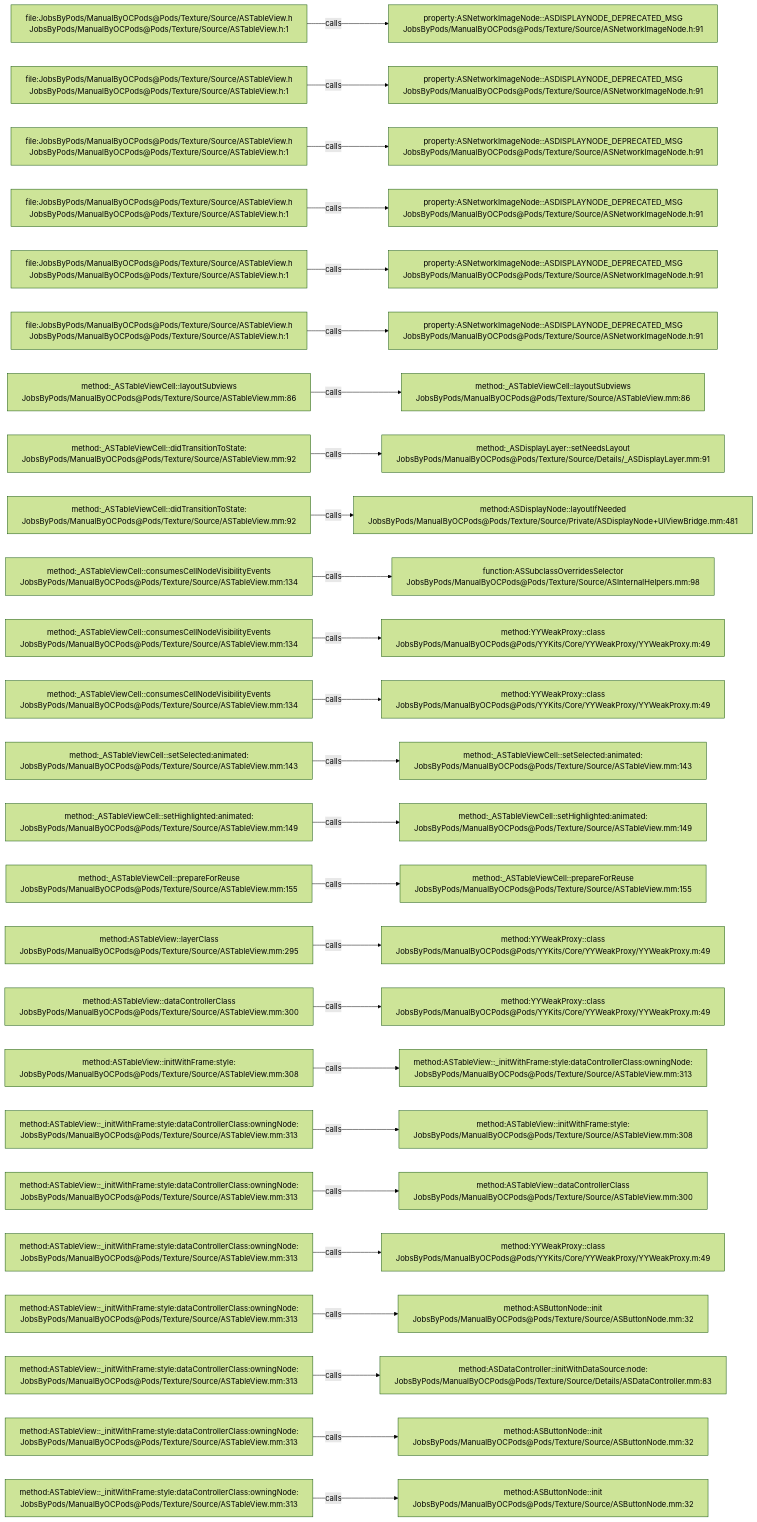
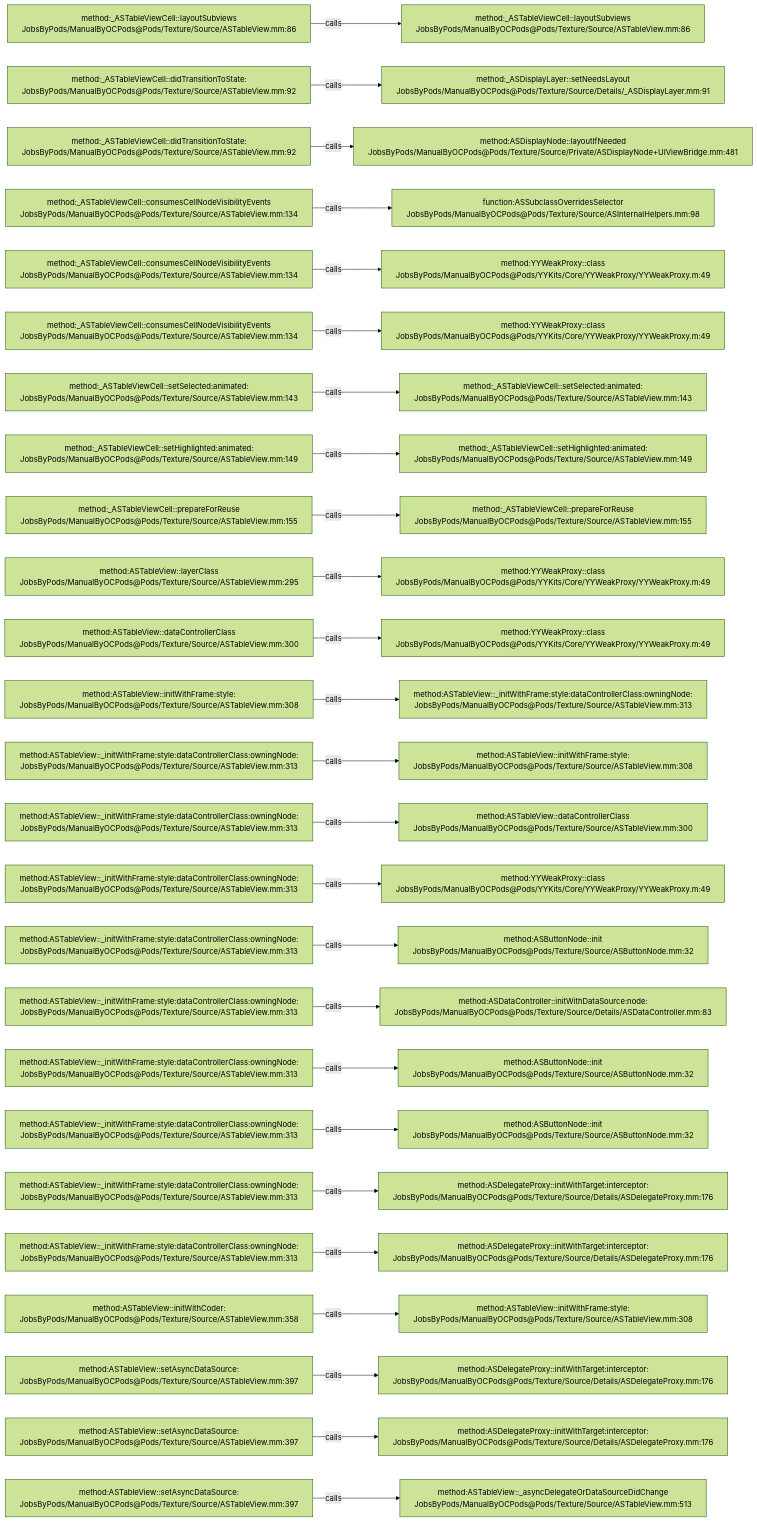
One commit to JobsKits/JobsOCBaseConfigDemo changed the diagram in .codegraph/codegraph.md/graphs/calls-118.md. Above: the diagram before and after it, drawn with Mermaid (forest theme). The commit also changed 666 other files, not shown here.

````diff
--- a/.codegraph/codegraph.md/graphs/calls-118.md
+++ b/.codegraph/codegraph.md/graphs/calls-118.md
@@ -13,78 +13,78 @@
 ```mermaid
 flowchart LR
-  S1["file:JobsByPods/ManualByOCPods@Pods/Texture/Source/ASTableView.h<br/>JobsByPods/ManualByOCPods@Pods/Texture/Source/ASTableView.h:1"]
-  T1["property:ASNetworkImageNode::ASDISPLAYNODE_DEPRECATED_MSG<br/>JobsByPods/ManualByOCPods@Pods/Texture/Source/ASNetworkImageNode.h:91"]
+  S1["method:_ASTableViewCell::layoutSubviews<br/>JobsByPods/ManualByOCPods@Pods/Texture/Source/ASTableView.mm:86"]
+  T1["method:_ASTableViewCell::layoutSubviews<br/>JobsByPods/ManualByOCPods@Pods/Texture/Source/ASTableView.mm:86"]
   S1 -->|calls| T1
-  S2["file:JobsByPods/ManualByOCPods@Pods/Texture/Source/ASTableView.h<br/>JobsByPods/ManualByOCPods@Pods/Texture/Source/ASTableView.h:1"]
-  T2["property:ASNetworkImageNode::ASDISPLAYNODE_DEPRECATED_MSG<br/>JobsByPods/ManualByOCPods@Pods/Texture/Source/ASNetworkImageNode.h:91"]
+  S2["method:_ASTableViewCell::didTransitionToState:<br/>JobsByPods/ManualByOCPods@Pods/Texture/Source/ASTableView.mm:92"]
+  T2["method:_ASDisplayLayer::setNeedsLayout<br/>JobsByPods/ManualByOCPods@Pods/Texture/Source/Details/_ASDisplayLayer.mm:91"]
   S2 -->|calls| T2
-  S3["file:JobsByPods/ManualByOCPods@Pods/Texture/Source/ASTableView.h<br/>JobsByPods/ManualByOCPods@Pods/Texture/Source/ASTableView.h:1"]
-  T3["property:ASNetworkImageNode::ASDISPLAYNODE_DEPRECATED_MSG<br/>JobsByPods/ManualByOCPods@Pods/Texture/Source/ASNetworkImageNode.h:91"]
+  S3["method:_ASTableViewCell::didTransitionToState:<br/>JobsByPods/ManualByOCPods@Pods/Texture/Source/ASTableView.mm:92"]
+  T3["method:ASDisplayNode::layoutIfNeeded<br/>JobsByPods/ManualByOCPods@Pods/Texture/Source/Private/ASDisplayNode+UIViewBridge.mm:481"]
   S3 -->|calls| T3
-  S4["file:JobsByPods/ManualByOCPods@Pods/Texture/Source/ASTableView.h<br/>JobsByPods/ManualByOCPods@Pods/Texture/Source/ASTableView.h:1"]
-  T4["property:ASNetworkImageNode::ASDISPLAYNODE_DEPRECATED_MSG<br/>JobsByPods/ManualByOCPods@Pods/Texture/Source/ASNetworkImageNode.h:91"]
+  S4["method:_ASTableViewCell::consumesCellNodeVisibilityEvents<br/>JobsByPods/ManualByOCPods@Pods/Texture/Source/ASTableView.mm:134"]
+  T4["function:ASSubclassOverridesSelector<br/>JobsByPods/ManualByOCPods@Pods/Texture/Source/ASInternalHelpers.mm:98"]
   S4 -->|calls| T4
-  S5["file:JobsByPods/ManualByOCPods@Pods/Texture/Source/ASTableView.h<br/>JobsByPods/ManualByOCPods@Pods/Texture/Source/ASTableView.h:1"]
-  T5["property:ASNetworkImageNode::ASDISPLAYNODE_DEPRECATED_MSG<br/>JobsByPods/ManualByOCPods@Pods/Texture/Source/ASNetworkImageNode.h:91"]
+  S5["method:_ASTableViewCell::consumesCellNodeVisibilityEvents<br/>JobsByPods/ManualByOCPods@Pods/Texture/Source/ASTableView.mm:134"]
+  T5["method:YYWeakProxy::class<br/>JobsByPods/ManualByOCPods@Pods/YYKits/Core/YYWeakProxy/YYWeakProxy.m:49"]
   S5 -->|calls| T5
-  S6["file:JobsByPods/ManualByOCPods@Pods/Texture/Source/ASTableView.h<br/>JobsByPods/ManualByOCPods@Pods/Texture/Source/ASTableView.h:1"]
-  T6["property:ASNetworkImageNode::ASDISPLAYNODE_DEPRECATED_MSG<br/>JobsByPods/ManualByOCPods@Pods/Texture/Source/ASNetworkImageNode.h:91"]
+  S6["method:_ASTableViewCell::consumesCellNodeVisibilityEvents<br/>JobsByPods/ManualByOCPods@Pods/Texture/Source/ASTableView.mm:134"]
+  T6["method:YYWeakProxy::class<br/>JobsByPods/ManualByOCPods@Pods/YYKits/Core/YYWeakProxy/YYWeakProxy.m:49"]
   S6 -->|calls| T6
-  S7["method:_ASTableViewCell::layoutSubviews<br/>JobsByPods/ManualByOCPods@Pods/Texture/Source/ASTableView.mm:86"]
-  T7["method:_ASTableViewCell::layoutSubviews<br/>JobsByPods/ManualByOCPods@Pods/Texture/Source/ASTableView.mm:86"]
+  S7["method:_ASTableViewCell::setSelected:animated:<br/>JobsByPods/ManualByOCPods@Pods/Texture/Source/ASTableView.mm:143"]
+  T7["method:_ASTableViewCell::setSelected:animated:<br/>JobsByPods/ManualByOCPods@Pods/Texture/Source/ASTableView.mm:143"]
   S7 -->|calls| T7
-  S8["method:_ASTableViewCell::didTransitionToState:<br/>JobsByPods/ManualByOCPods@Pods/Texture/Source/ASTableView.mm:92"]
-  T8["method:_ASDisplayLayer::setNeedsLayout<br/>JobsByPods/ManualByOCPods@Pods/Texture/Source/Details/_ASDisplayLayer.mm:91"]
+  S8["method:_ASTableViewCell::setHighlighted:animated:<br/>JobsByPods/ManualByOCPods@Pods/Texture/Source/ASTableView.mm:149"]
+  T8["method:_ASTableViewCell::setHighlighted:animated:<br/>JobsByPods/ManualByOCPods@Pods/Texture/Source/ASTableView.mm:149"]
   S8 -->|calls| T8
-  S9["method:_ASTableViewCell::didTransitionToState:<br/>JobsByPods/ManualByOCPods@Pods/Texture/Source/ASTableView.mm:92"]
-  T9["method:ASDisplayNode::layoutIfNeeded<br/>JobsByPods/ManualByOCPods@Pods/Texture/Source/Private/ASDisplayNode+UIViewBridge.mm:481"]
+  S9["method:_ASTableViewCell::prepareForReuse<br/>JobsByPods/ManualByOCPods@Pods/Texture/Source/ASTableView.mm:155"]
+  T9["method:_ASTableViewCell::prepareForReuse<br/>JobsByPods/ManualByOCPods@Pods/Texture/Source/ASTableView.mm:155"]
   S9 -->|calls| T9
-  S10["method:_ASTableViewCell::consumesCellNodeVisibilityEvents<br/>JobsByPods/ManualByOCPods@Pods/Texture/Source/ASTableView.mm:134"]
-  T10["function:ASSubclassOverridesSelector<br/>JobsByPods/ManualByOCPods@Pods/Texture/Source/ASInternalHelpers.mm:98"]
+  S10["method:ASTableView::layerClass<br/>JobsByPods/ManualByOCPods@Pods/Texture/Source/ASTableView.mm:295"]
+  T10["method:YYWeakProxy::class<br/>JobsByPods/ManualByOCPods@Pods/YYKits/Core/YYWeakProxy/YYWeakProxy.m:49"]
   S10 -->|calls| T10
-  S11["method:_ASTableViewCell::consumesCellNodeVisibilityEvents<br/>JobsByPods/ManualByOCPods@Pods/Texture/Source/ASTableView.mm:134"]
+  S11["method:ASTableView::dataControllerClass<br/>JobsByPods/ManualByOCPods@Pods/Texture/Source/ASTableView.mm:300"]
   T11["method:YYWeakProxy::class<br/>JobsByPods/ManualByOCPods@Pods/YYKits/Core/YYWeakProxy/YYWeakProxy.m:49"]
   S11 -->|calls| T11
-  S12["method:_ASTableViewCell::consumesCellNodeVisibilityEvents<br/>JobsByPods/ManualByOCPods@Pods/Texture/Source/ASTableView.mm:134"]
-  T12["method:YYWeakProxy::class<br/>JobsByPods/ManualByOCPods@Pods/YYKits/Core/YYWeakProxy/YYWeakProxy.m:49"]
+  S12["method:ASTableView::initWithFrame:style:<br/>JobsByPods/ManualByOCPods@Pods/Texture/Source/ASTableView.mm:308"]
+  T12["method:ASTableView::_initWithFrame:style:dataControllerClass:owningNode:<br/>JobsByPods/ManualByOCPods@Pods/Texture/Source/ASTableView.mm:313"]
   S12 -->|calls| T12
-  S13["method:_ASTableViewCell::setSelected:animated:<br/>JobsByPods/ManualByOCPods@Pods/Texture/Source/ASTableView.mm:143"]
-  T13["method:_ASTableViewCell::setSelected:animated:<br/>JobsByPods/ManualByOCPods@Pods/Texture/Source/ASTableView.mm:143"]
+  S13["method:ASTableView::_initWithFrame:style:dataControllerClass:owningNode:<br/>JobsByPods/ManualByOCPods@Pods/Texture/Source/ASTableView.mm:313"]
+  T13["method:ASTableView::initWithFrame:style:<br/>JobsByPods/ManualByOCPods@Pods/Texture/Source/ASTableView.mm:308"]
   S13 -->|calls| T13
-  S14["method:_ASTableViewCell::setHighlighted:animated:<br/>JobsByPods/ManualByOCPods@Pods/Texture/Source/ASTableView.mm:149"]
-  T14["method:_ASTableViewCell::setHighlighted:animated:<br/>JobsByPods/ManualByOCPods@Pods/Texture/Source/ASTableView.mm:149"]
+  S14["method:ASTableView::_initWithFrame:style:dataControllerClass:owningNode:<br/>JobsByPods/ManualByOCPods@Pods/Texture/Source/ASTableView.mm:313"]
+  T14["method:ASTableView::dataControllerClass<br/>JobsByPods/ManualByOCPods@Pods/Texture/Source/ASTableView.mm:300"]
   S14 -->|calls| T14
-  S15["method:_ASTableViewCell::prepareForReuse<br/>JobsByPods/ManualByOCPods@Pods/Texture/Source/ASTableView.mm:155"]
-  T15["method:_ASTableViewCell::prepareForReuse<br/>JobsByPods/ManualByOCPods@Pods/Texture/Source/ASTableView.mm:155"]
+  S15["method:ASTableView::_initWithFrame:style:dataControllerClass:owningNode:<br/>JobsByPods/ManualByOCPods@Pods/Texture/Source/ASTableView.mm:313"]
+  T15["method:YYWeakProxy::class<br/>JobsByPods/ManualByOCPods@Pods/YYKits/Core/YYWeakProxy/YYWeakProxy.m:49"]
   S15 -->|calls| T15
-  S16["method:ASTableView::layerClass<br/>JobsByPods/ManualByOCPods@Pods/Texture/Source/ASTableView.mm:295"]
-  T16["method:YYWeakProxy::class<br/>JobsByPods/ManualByOCPods@Pods/YYKits/Core/YYWeakProxy/YYWeakProxy.m:49"]
+  S16["method:ASTableView::_initWithFrame:style:dataControllerClass:owningNode:<br/>JobsByPods/ManualByOCPods@Pods/Texture/Source/ASTableView.mm:313"]
+  T16["method:ASButtonNode::init<br/>JobsByPods/ManualByOCPods@Pods/Texture/Source/ASButtonNode.mm:32"]
   S16 -->|calls| T16
-  S17["method:ASTableView::dataControllerClass<br/>JobsByPods/ManualByOCPods@Pods/Texture/Source/ASTableView.mm:300"]
-  T17["method:YYWeakProxy::class<br/>JobsByPods/ManualByOCPods@Pods/YYKits/Core/YYWeakProxy/YYWeakProxy.m:49"]
+  S17["method:ASTableView::_initWithFrame:style:dataControllerClass:owningNode:<br/>JobsByPods/ManualByOCPods@Pods/Texture/Source/ASTableView.mm:313"]
+  T17["method:ASDataController::initWithDataSource:node:<br/>JobsByPods/ManualByOCPods@Pods/Texture/Source/Details/ASDataController.mm:83"]
   S17 -->|calls| T17
-  S18["method:ASTableView::initWithFrame:style:<br/>JobsByPods/ManualByOCPods@Pods/Texture/Source/ASTableView.mm:308"]
-  T18["method:ASTableView::_initWithFrame:style:dataControllerClass:owningNode:<br/>JobsByPods/ManualByOCPods@Pods/Texture/Source/ASTableView.mm:313"]
+  S18["method:ASTableView::_initWithFrame:style:dataControllerClass:owningNode:<br/>JobsByPods/ManualByOCPods@Pods/Texture/Source/ASTableView.mm:313"]
+  T18["method:ASButtonNode::init<br/>JobsByPods/ManualByOCPods@Pods/Texture/Source/ASButtonNode.mm:32"]
   S18 -->|calls| T18
   S19["method:ASTableView::_initWithFrame:style:dataControllerClass:owningNode:<br/>JobsByPods/ManualByOCPods@Pods/Texture/Source/ASTableView.mm:313"]
-  T19["method:ASTableView::initWithFrame:style:<br/>JobsByPods/ManualByOCPods@Pods/Texture/Source/ASTableView.mm:308"]
+  T19["method:ASButtonNode::init<br/>JobsByPods/ManualByOCPods@Pods/Texture/Source/ASButtonNode.mm:32"]
   S19 -->|calls| T19
   S20["method:ASTableView::_initWithFrame:style:dataControllerClass:owningNode:<br/>JobsByPods/ManualByOCPods@Pods/Texture/Source/ASTableView.mm:313"]
-  T20["method:ASTableView::dataControllerClass<br/>JobsByPods/ManualByOCPods@Pods/Texture/Source/ASTableView.mm:300"]
+  T20["method:ASDelegateProxy::initWithTarget:interceptor:<br/>JobsByPods/ManualByOCPods@Pods/Texture/Source/Details/ASDelegateProxy.mm:176"]
   S20 -->|calls| T20
   S21["method:ASTableView::_initWithFrame:style:dataControllerClass:owningNode:<br/>JobsByPods/ManualByOCPods@Pods/Texture/Source/ASTableView.mm:313"]
-  T21["method:YYWeakProxy::class<br/>JobsByPods/ManualByOCPods@Pods/YYKits/Core/YYWeakProxy/YYWeakProxy.m:49"]
+  T21["method:ASDelegateProxy::initWithTarget:interceptor:<br/>JobsByPods/ManualByOCPods@Pods/Texture/Source/Details/ASDelegateProxy.mm:176"]
   S21 -->|calls| T21
-  S22["method:ASTableView::_initWithFrame:style:dataControllerClass:owningNode:<br/>JobsByPods/ManualByOCPods@Pods/Texture/Source/ASTableView.mm:313"]
-  T22["method:ASButtonNode::init<br/>JobsByPods/ManualByOCPods@Pods/Texture/Source/ASButtonNode.mm:32"]
+  S22["method:ASTableView::initWithCoder:<br/>JobsByPods/ManualByOCPods@Pods/Texture/Source/ASTableView.mm:358"]
+  T22["method:ASTableView::initWithFrame:style:<br/>JobsByPods/ManualByOCPods@Pods/Texture/Source/ASTableView.mm:308"]
   S22 -->|calls| T22
-  S23["method:ASTableView::_initWithFrame:style:dataControllerClass:owningNode:<br/>JobsByPods/ManualByOCPods@Pods/Texture/Source/ASTableView.mm:313"]
-  T23["method:ASDataController::initWithDataSource:node:<br/>JobsByPods/ManualByOCPods@Pods/Texture/Source/Details/ASDataController.mm:83"]
+  S23["method:ASTableView::setAsyncDataSource:<br/>JobsByPods/ManualByOCPods@Pods/Texture/Source/ASTableView.mm:397"]
+  T23["method:ASDelegateProxy::initWithTarget:interceptor:<br/>JobsByPods/ManualByOCPods@Pods/Texture/Source/Details/ASDelegateProxy.mm:176"]
   S23 -->|calls| T23
-  S24["method:ASTableView::_initWithFrame:style:dataControllerClass:owningNode:<br/>JobsByPods/ManualByOCPods@Pods/Texture/Source/ASTableView.mm:313"]
-  T24["method:ASButtonNode::init<br/>JobsByPods/ManualByOCPods@Pods/Texture/Source/ASButtonNode.mm:32"]
+  S24["method:ASTableView::setAsyncDataSource:<br/>JobsByPods/ManualByOCPods@Pods/Texture/Source/ASTableView.mm:397"]
+  T24["method:ASDelegateProxy::initWithTarget:interceptor:<br/>JobsByPods/ManualByOCPods@Pods/Texture/Source/Details/ASDelegateProxy.mm:176"]
   S24 -->|calls| T24
-  S25["method:ASTableView::_initWithFrame:style:dataControllerClass:owningNode:<br/>JobsByPods/ManualByOCPods@Pods/Texture/Source/ASTableView.mm:313"]
-  T25["method:ASButtonNode::init<br/>JobsByPods/ManualByOCPods@Pods/Texture/Source/ASButtonNode.mm:32"]
+  S25["method:ASTableView::setAsyncDataSource:<br/>JobsByPods/ManualByOCPods@Pods/Texture/Source/ASTableView.mm:397"]
+  T25["method:ASTableView::_asyncDelegateOrDataSourceDidChange<br/>JobsByPods/ManualByOCPods@Pods/Texture/Source/ASTableView.mm:513"]
   S25 -->|calls| T25
 ```
````
